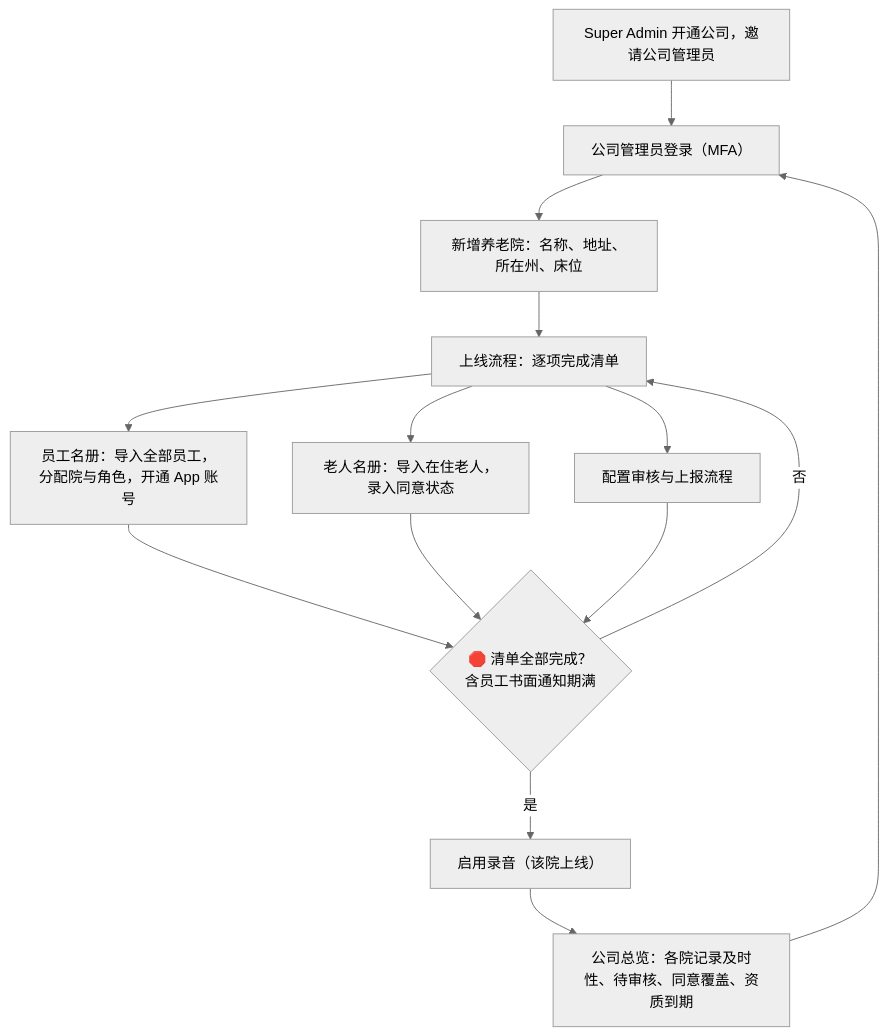
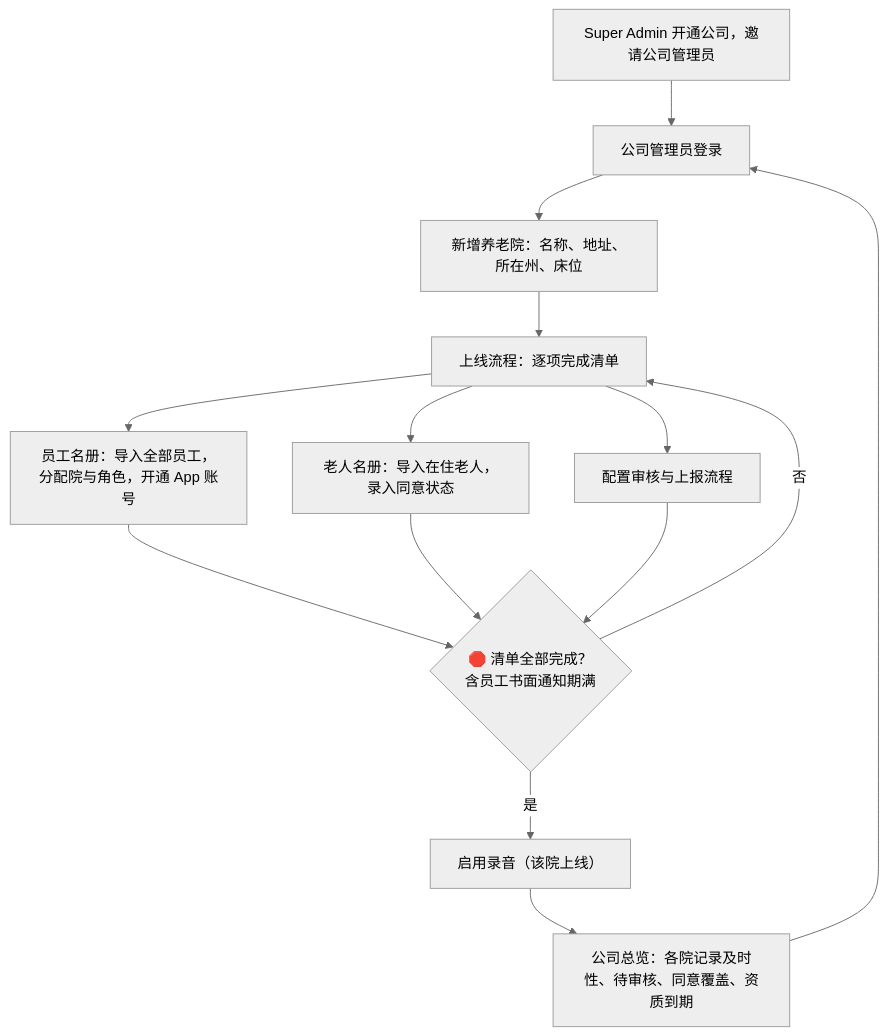
One commit to terryxu0321/JRAgedCareProject changed the first of 3 diagrams in company-os/06-app-development/specs/2026-10-provider-admin-console.md. Above: the diagram before and after it, drawn with Mermaid (neutral theme). The commit also changed other lines of this file and 14 other files, not shown here.

````diff
--- a/company-os/06-app-development/specs/2026-10-provider-admin-console.md
+++ b/company-os/06-app-development/specs/2026-10-provider-admin-console.md
@@ -46,16 +46,16 @@
 ```mermaid
 flowchart TD
-	SA["Super Admin 开通公司，邀请公司管理员"] --> OA["公司管理员登录（MFA）"]
+	SA["Super Admin 开通公司，邀请公司管理员"] --> OA["公司管理员登录"]
 	OA --> NF["新增养老院：名称、地址、所在州、床位"]
 	NF --> GL["上线流程：逐项完成清单"]
 	GL --> ST["员工名册：导入全部员工，分配院与角色，开通 App 账号"]
 	GL --> RS["老人名册：导入在住老人，录入同意状态"]
 	GL --> WF["配置审核与上报流程"]
 	ST --> GATE{"🛑 清单全部完成？<br/>含员工书面通知期满"}
 	RS --> GATE
 	WF --> GATE
 	GATE -- 否 --> GL
 	GATE -- 是 --> LIVE["启用录音（该院上线）"]
 	LIVE --> DASH["公司总览：各院记录及时性、待审核、同意覆盖、资质到期"]
 	DASH --> OA
 ```
````
